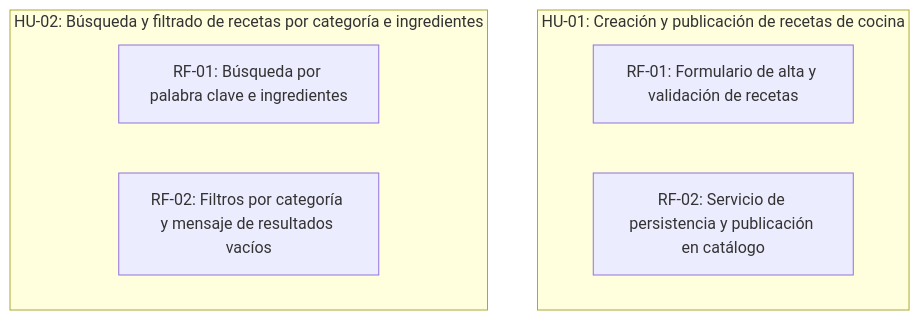
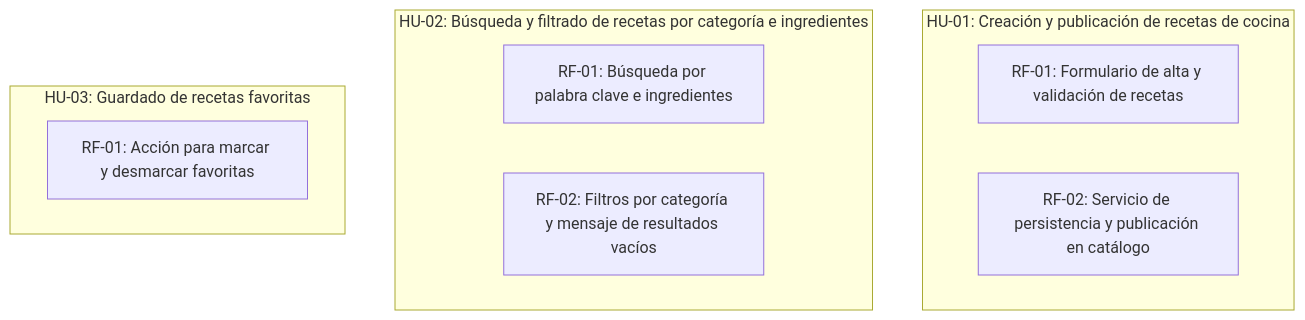
Before and after one commit to SVGiannoni/RecetasPanaRossi: the diagram in scrumDocs/grafo.md, drawn with Mermaid. The commit also changed other lines of this file, not shown here.

Commit message:
Auto-publish: actualiza scrumDocs/grafo.md

````diff
--- a/scrumDocs/grafo.md
+++ b/scrumDocs/grafo.md
@@ -5,11 +5,14 @@
 ```mermaid
 graph TD
   subgraph US_1788784804716["HU-01: Creación y publicación de recetas de cocina"]
     REQ_1788785182545["RF-01: Formulario de alta y validación de recetas"]
     REQ_1788785196739["RF-02: Servicio de persistencia y publicación en catálogo"]
   end
   subgraph US_1788784817567["HU-02: Búsqueda y filtrado de recetas por categoría e ingredientes"]
     REQ_1788785446610["RF-01: Búsqueda por palabra clave e ingredientes"]
     REQ_1788785477255["RF-02: Filtros por categoría y mensaje de resultados vacíos"]
   end
+  subgraph US_1788784829317["HU-03: Guardado de recetas favoritas"]
+    REQ_1788785498187["RF-01: Acción para marcar y desmarcar favoritas"]
+  end
 ```
````
